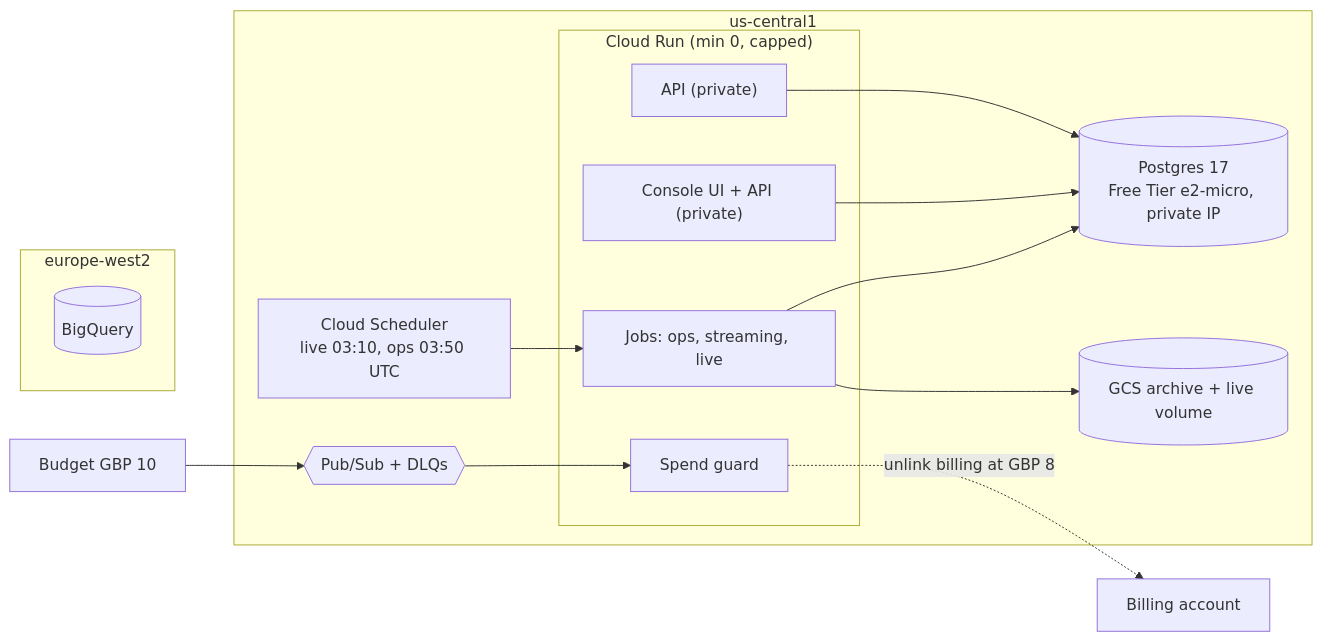
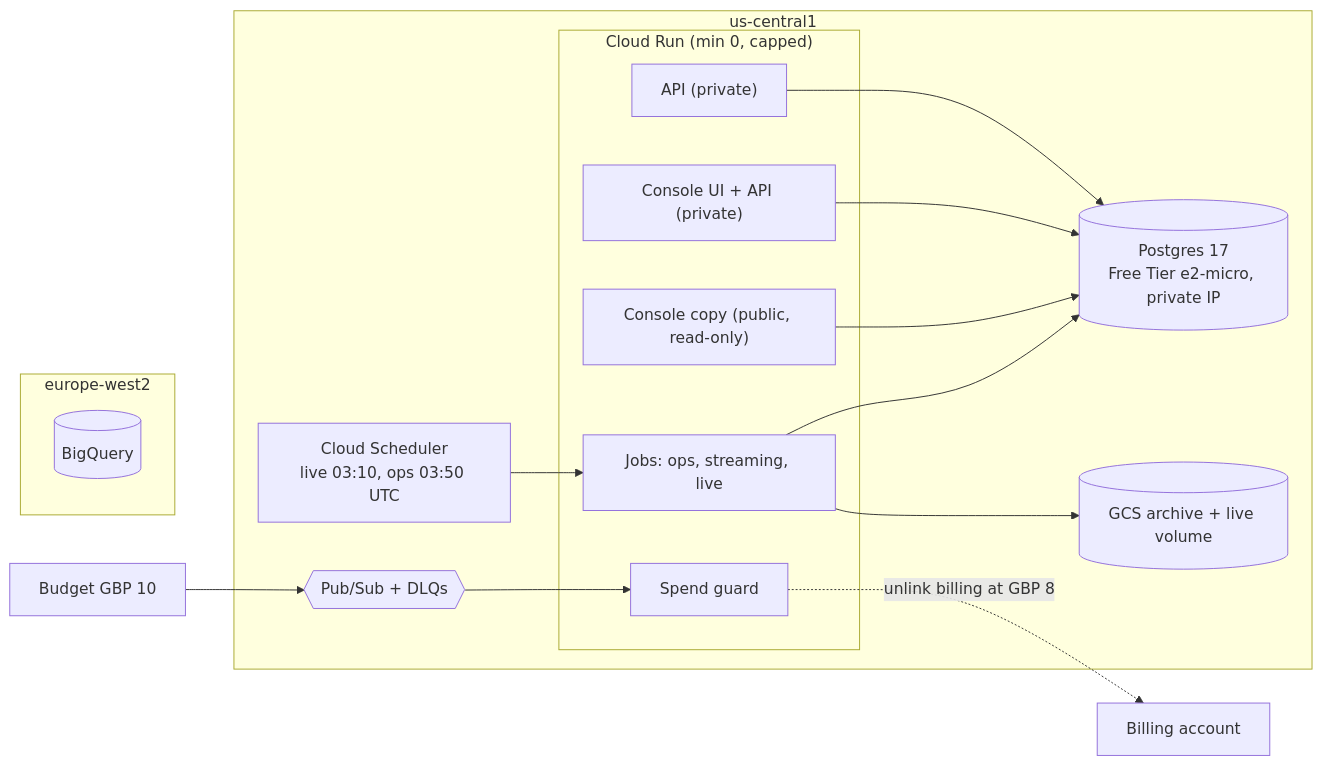
The second of 2 diagrams in docs/architecture.md (BhargavKumarNath/Praxis), drawn with Mermaid before and after one commit. The commit also changed 29 other files, not shown here.

````diff
--- a/docs/architecture.md
+++ b/docs/architecture.md
@@ -157,25 +157,27 @@
 ```mermaid
 flowchart LR
     subgraph us-central1
         subgraph "Cloud Run (min 0, capped)"
             API["API (private)"]
             CON["Console UI + API (private)"]
+            PUB["Console copy (public, read-only)"]
             GUARD["Spend guard"]
             JOBS["Jobs: ops, streaming, live"]
         end
         SCHED["Cloud Scheduler<br/>live 03:10, ops 03:50 UTC"]
         VM[("Postgres 17<br/>Free Tier e2-micro, private IP")]
         PS{{"Pub/Sub + DLQs"}}
         GCS[("GCS archive + live volume")]
     end
     subgraph europe-west2
         BQ[("BigQuery")]
     end
     BUDGET["Budget GBP 10"] --> PS --> GUARD
     GUARD -. "unlink billing at GBP 8" .-> BILL["Billing account"]
     SCHED --> JOBS
     API --> VM
     CON --> VM
+    PUB --> VM
     JOBS --> VM
     JOBS --> GCS
 ```
````
